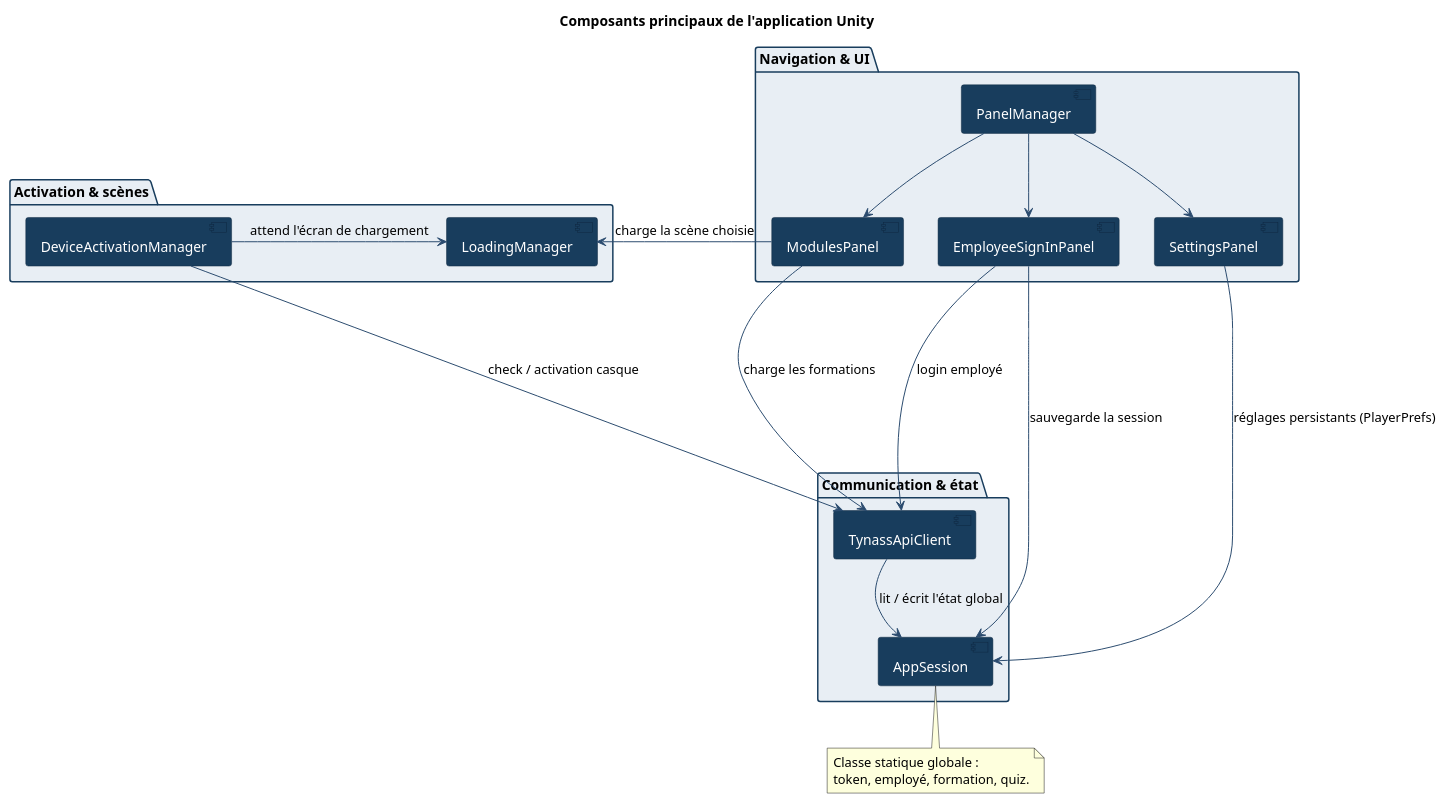
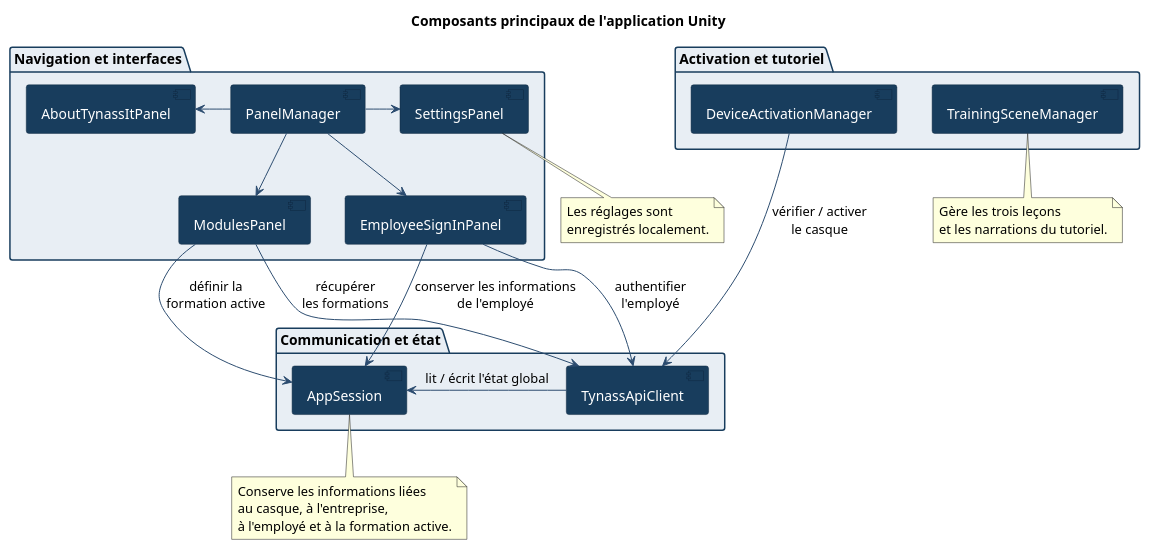
Before and after one commit to sayenjabo/TynassIt_PFE: the diagram in PUML/composants_unity.puml, drawn with PlantUML. The commit also changed 70 other files, not shown here.

```diff
--- a/PUML/composants_unity.puml
+++ b/PUML/composants_unity.puml
@@ -1,50 +1,72 @@
 @startuml Composants_Unity
 ' Diagramme de composants --- scripts principaux Unity (Immersio)
 skinparam shadowing false
 skinparam defaultFontName Helvetica
 skinparam ArrowColor #2B4B6F
 skinparam component {
   BackgroundColor #183D5D
   FontColor #FFFFFF
   BorderColor #0E2740
 }
 skinparam package {
   BackgroundColor #E8EEF4
   BorderColor #183D5D
   FontColor #000000
 }
 
 title Composants principaux de l'application Unity
 
-package "Communication & état" {
+package "Communication et état" {
+
   [TynassApiClient] as API
+
   [AppSession] as Session
 }
 
-package "Navigation & UI" {
+package "Navigation et interfaces" {
+
   [PanelManager] as Panel
+
   [EmployeeSignInPanel] as SignIn
+
   [ModulesPanel] as Modules
+
   [SettingsPanel] as Settings
+
+  [AboutTynassItPanel] as About
 }
 
-package "Activation & scènes" {
-  [LoadingManager] as Loading
+package "Activation et tutoriel" {
+
   [DeviceActivationManager] as Device
+
+  [TrainingSceneManager] as Training
 }
 
-API --> Session : lit / écrit l'état global
-Device -> Loading : attend l'écran de chargement
-Device -> API : check / activation casque
-SignIn ----> API : login employé
-SignIn ----> Session : sauvegarde la session
-Modules ---> API : charge les formations
-Modules -> Loading : charge la scène choisie
+API -> Session : lit / écrit l'état global
+Device ---> API : vérifier / activer\nle casque
+SignIn --> API : authentifier\nl'employé
+SignIn --> Session : conserver les informations\nde l'employé
+Modules --> API : récupérer\nles formations
+Modules --> Session : définir la\nformation active
 Panel --> SignIn
 Panel --> Modules
-Panel --> Settings
-Settings ---> Session : réglages persistants (PlayerPrefs)
+Panel -> Settings
+Panel -left-> About
 
+note bottom of Session
+Conserve les informations liées
+au casque, à l'entreprise,
+à l'employé et à la formation active.
+end note
 
-note bottom of Session : Classe statique globale :\ntoken, employé, formation, quiz.
+note bottom of Settings
+Les réglages sont
+enregistrés localement.
+end note
+
+note bottom of Training
+Gère les trois leçons
+et les narrations du tutoriel.
+end note
 @enduml
```
